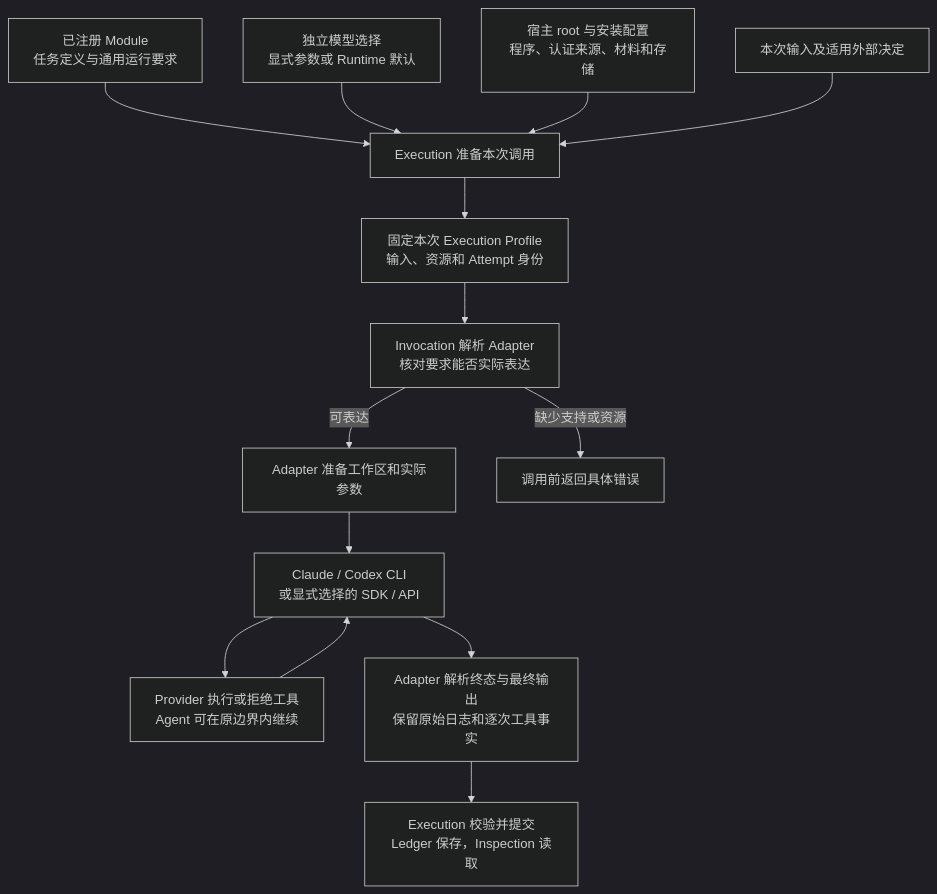
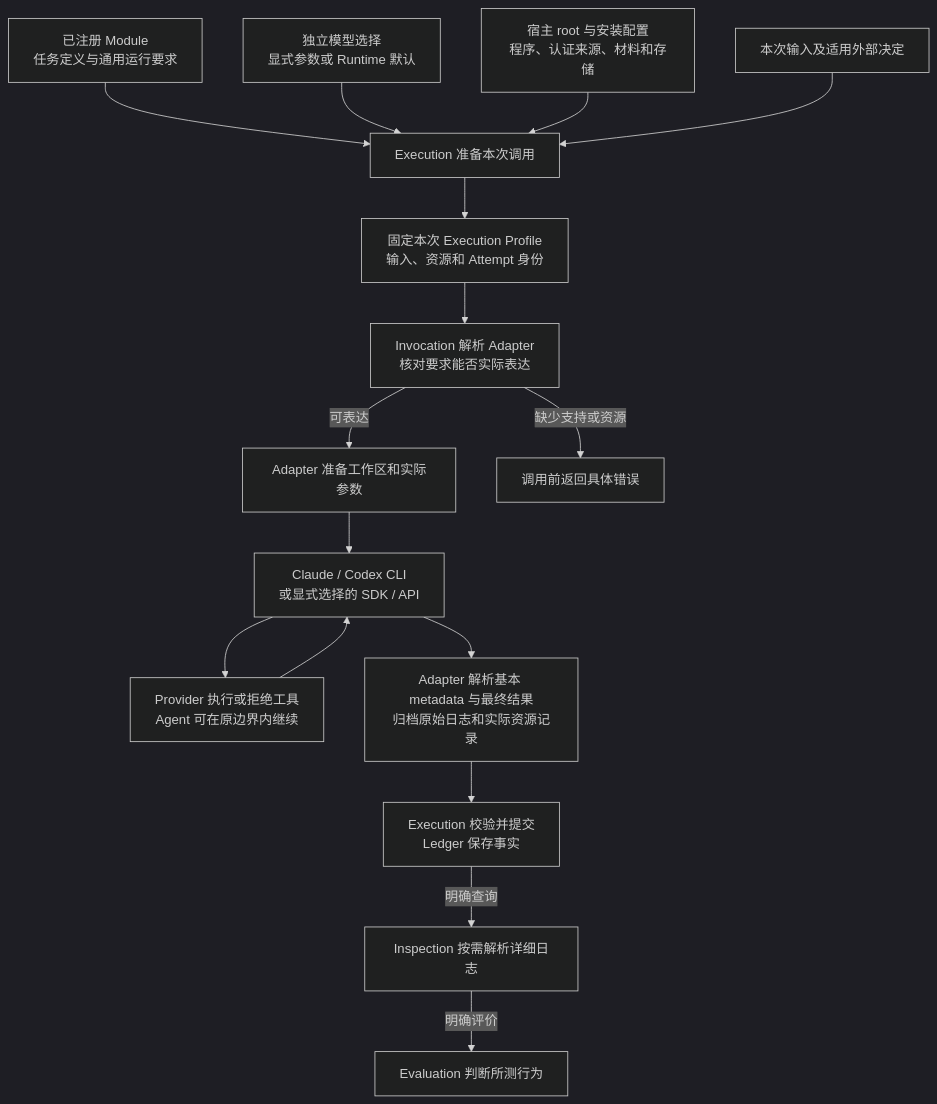
The diagram in designDoc/agent_runtime_08_agent_execution_adapter_contract.md (bobaoai/agent_runtime), drawn with Mermaid (dark theme) before and after one commit. The commit also changed other lines of this file and 45 other files, not shown here.

Commit message:
Separate raw execution capture from on-demand log inspection

````diff
--- a/designDoc/agent_runtime_08_agent_execution_adapter_contract.md
+++ b/designDoc/agent_runtime_08_agent_execution_adapter_contract.md
@@ -34,16 +36,18 @@
 ```mermaid
 flowchart TD
     M["已注册 Module<br/>任务定义与通用运行要求"] --> E["Execution 准备本次调用"]
     C["独立模型选择<br/>显式参数或 Runtime 默认"] --> E
     H["宿主 root 与安装配置<br/>程序、认证来源、材料和存储"] --> E
     I["本次输入及适用外部决定"] --> E
     E --> P["固定本次 Execution Profile<br/>输入、资源和 Attempt 身份"]
     P --> A["Invocation 解析 Adapter<br/>核对要求能否实际表达"]
     A -->|可表达| S["Adapter 准备工作区和实际参数"]
     A -->|缺少支持或资源| F["调用前返回具体错误"]
     S --> CLI["Claude / Codex CLI<br/>或显式选择的 SDK / API"]
     CLI --> T["Provider 执行或拒绝工具<br/>Agent 可在原边界内继续"]
     T --> CLI
-    CLI --> R["Adapter 解析终态与最终输出<br/>保留原始日志和逐次工具事实"]
-    R --> L["Execution 校验并提交<br/>Ledger 保存，Inspection 读取"]
+    CLI --> R["Adapter 解析基本 metadata 与最终结果<br/>归档原始日志和实际资源记录"]
+    R --> L["Execution 校验并提交<br/>Ledger 保存事实"]
+    L -->|明确查询| Q["Inspection 按需解析详细日志"]
+    Q -->|明确评价| V["Evaluation 判断所测行为"]
 ```
````
